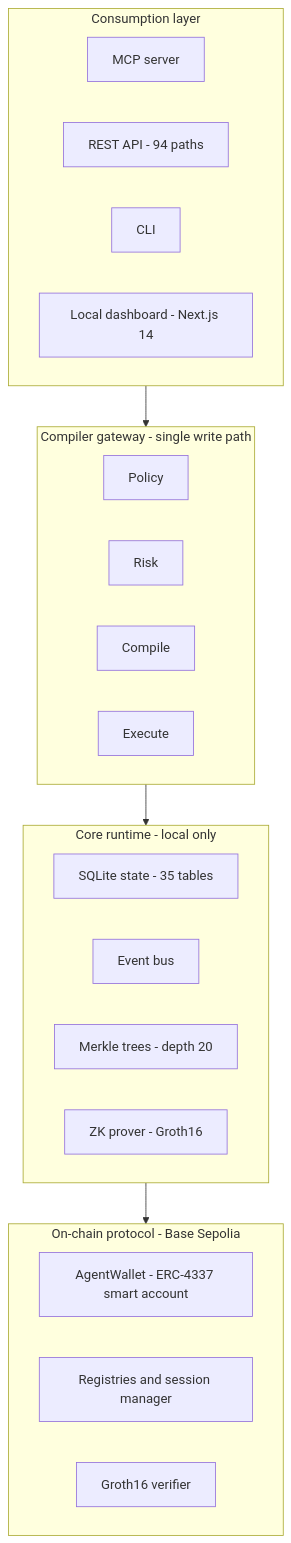
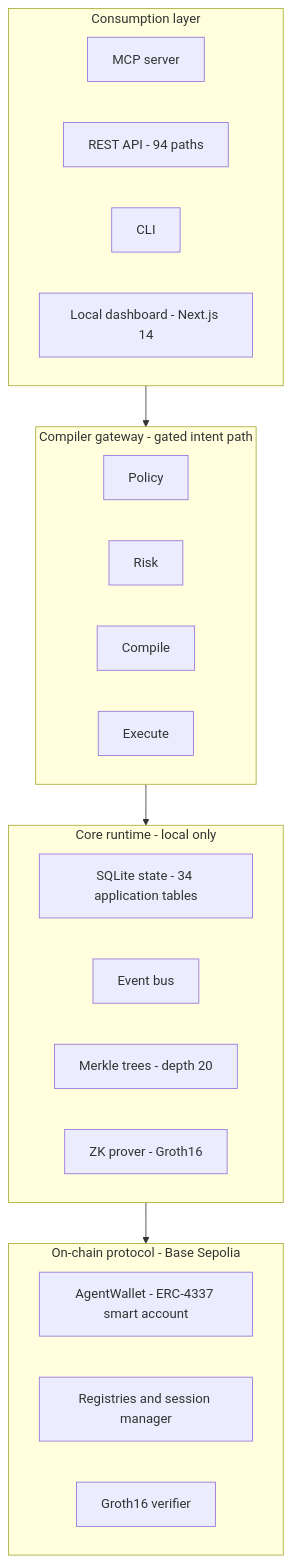
One commit to SRIVISHNUGV-DEV/AGENTIX changed the seventh of 7 diagrams in README.md. Above: the diagram before and after it, drawn with Mermaid. The commit also changed other lines of this file and 127 other files, not shown here.

````diff
--- a/README.md
+++ b/README.md
@@ -317,29 +324,29 @@
 ```mermaid
 flowchart TD
     subgraph Consumption["Consumption layer"]
         MCP["MCP server"]
         REST["REST API - 94 paths"]
         CLI["CLI"]
         DASH["Local dashboard - Next.js 14"]
     end
-    subgraph Gateway["Compiler gateway - single write path"]
+    subgraph Gateway["Compiler gateway - gated intent path"]
         POL["Policy"]
         RISK["Risk"]
         COMP["Compile"]
         EXEC["Execute"]
     end
     subgraph Core["Core runtime - local only"]
-        DB["SQLite state - 35 tables"]
+        DB["SQLite state - 34 application tables"]
         BUS["Event bus"]
         TREE["Merkle trees - depth 20"]
         ZK["ZK prover - Groth16"]
     end
     subgraph Chain["On-chain protocol - Base Sepolia"]
         WALLET["AgentWallet - ERC-4337 smart account"]
         REG["Registries and session manager"]
         VER["Groth16 verifier"]
     end
     Consumption --> Gateway
     Gateway --> Core
     Core --> Chain
 ```
````
